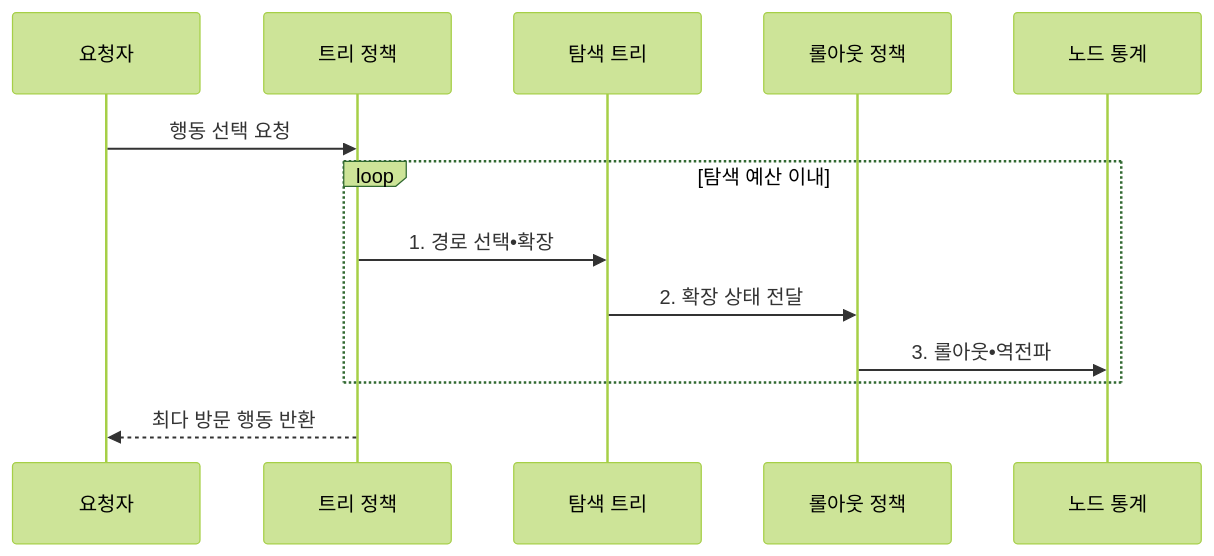
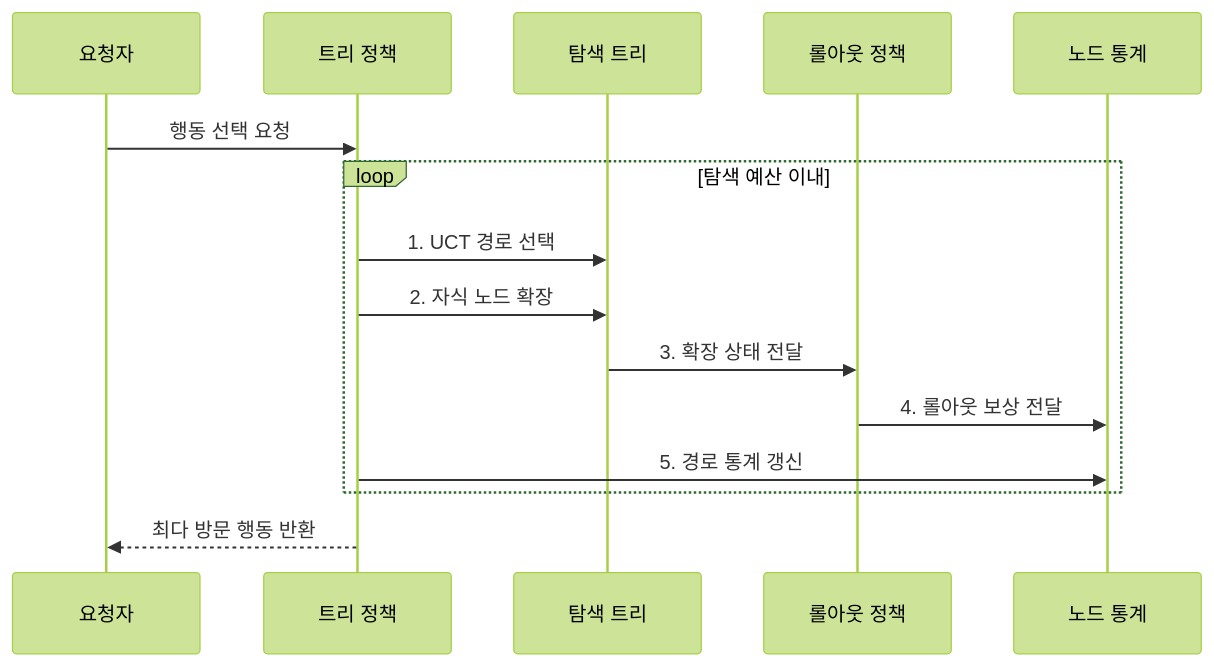
One commit to agnusdei1207/knowledge-base changed the second of 2 diagrams in src/content/docs/notes/01-basic-theory/018_mcts.md. Above: the diagram before and after it, drawn with Mermaid (forest theme). The commit also changed other lines of this file and 3 other files, not shown here.

````diff
--- a/src/content/docs/notes/01-basic-theory/018_mcts.md
+++ b/src/content/docs/notes/01-basic-theory/018_mcts.md
@@ -93,15 +90,17 @@
 ```mermaid
 sequenceDiagram
     participant Q as 요청자
     participant T as 트리 정책
     participant R as 탐색 트리
     participant P as 롤아웃 정책
     participant S as 노드 통계
     Q->>T: 행동 선택 요청
     loop 탐색 예산 이내
-        T->>R: 1. 경로 선택•확장
-        R->>P: 2. 확장 상태 전달
-        P->>S: 3. 롤아웃•역전파
+        T->>R: 1. UCT 경로 선택
+        T->>R: 2. 자식 노드 확장
+        R->>P: 3. 확장 상태 전달
+        P->>S: 4. 롤아웃 보상 전달
+        T->>S: 5. 경로 통계 갱신
     end
     T-->>Q: 최다 방문 행동 반환
 ```
````
